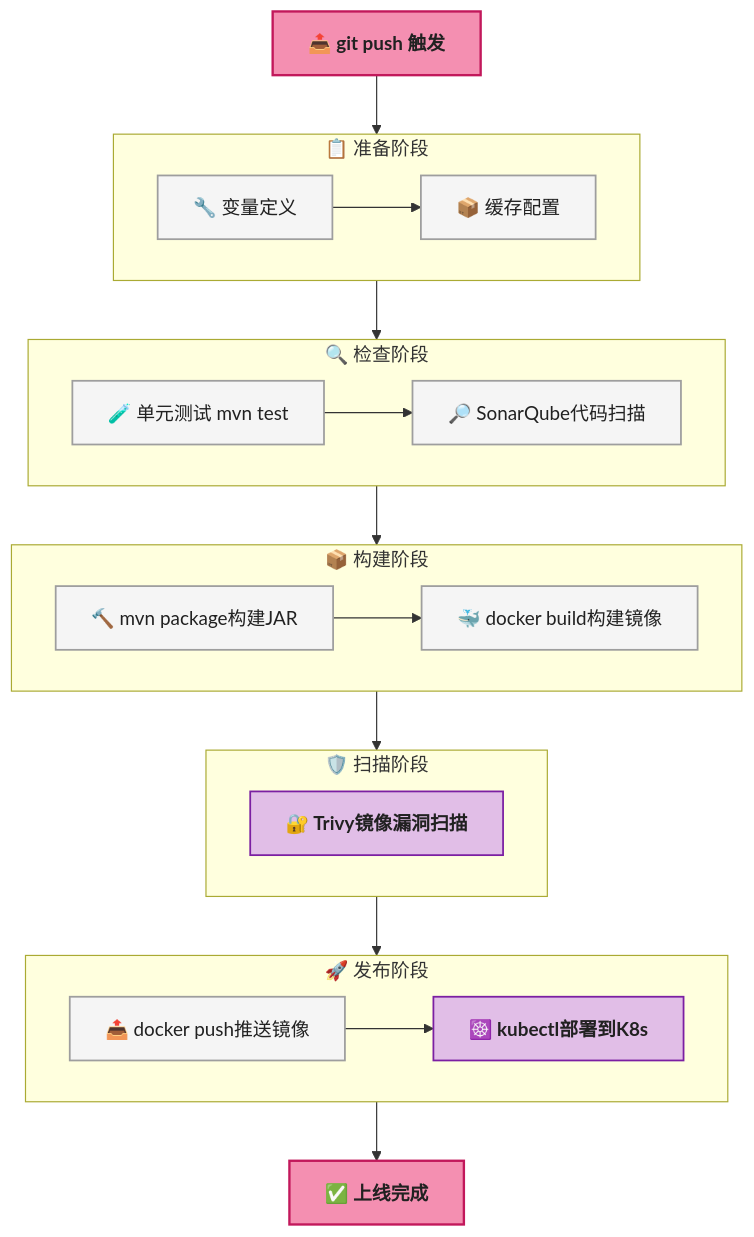
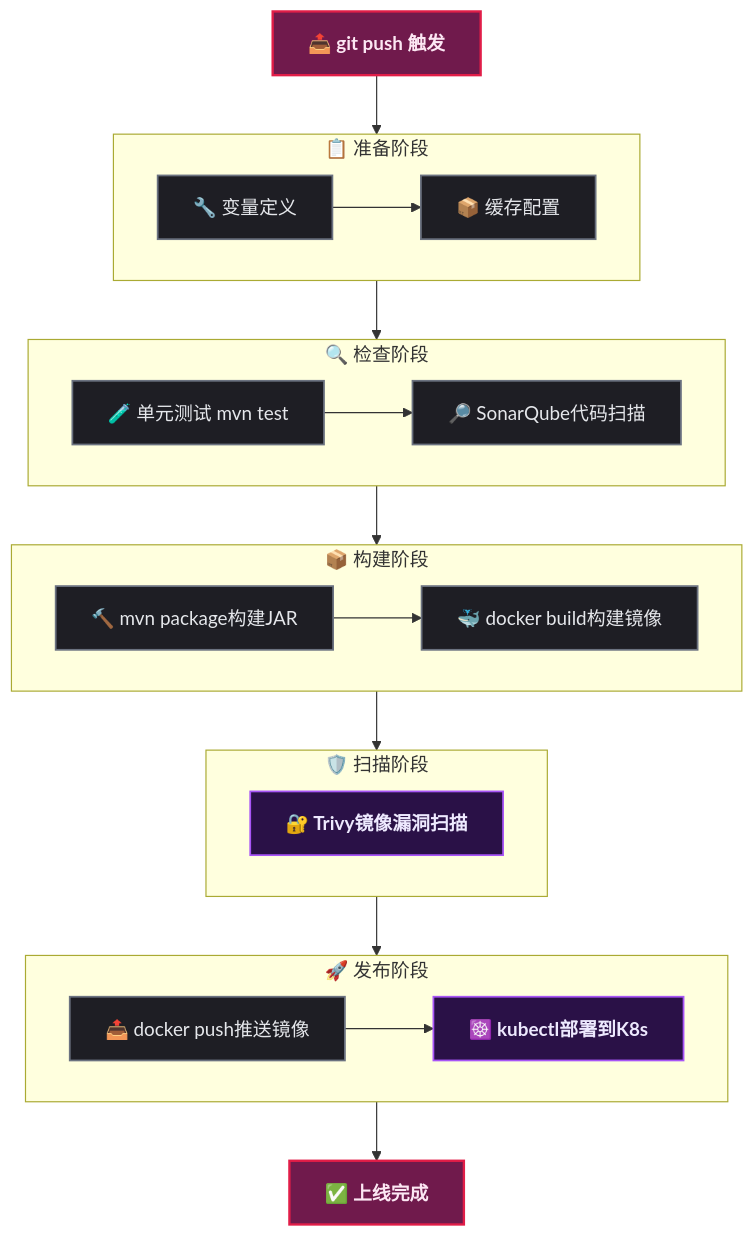
One commit to yaocat55/yaocat55.github.io changed the second of 3 diagrams in content/posts/springcloud/SpringBootCiCdPipeline.md. Above: the diagram before and after it, drawn with Mermaid. The commit also changed other lines of this file and 155 other files, not shown here.

````diff
--- a/content/posts/springcloud/SpringBootCiCdPipeline.md
+++ b/content/posts/springcloud/SpringBootCiCdPipeline.md
@@ -484,42 +484,42 @@
 ```mermaid
 flowchart TD
     S[📤 git push 触发] --> P1
 
     subgraph P1[📋 准备阶段]
         V[🔧 变量定义] --> C[📦 缓存配置]
     end
 
     P1 --> P2
 
     subgraph P2[🔍 检查阶段]
         T[🧪 单元测试 mvn test] --> SQ[🔎 SonarQube代码扫描]
     end
 
     P2 --> P3
 
     subgraph P3[📦 构建阶段]
         BJ[🔨 mvn package构建JAR] --> BD[🐳 docker build构建镜像]
     end
 
     P3 --> P4
 
     subgraph P4[🛡️ 扫描阶段]
         TR[🔐 Trivy镜像漏洞扫描]
     end
 
     P4 --> P5
 
     subgraph P5[🚀 发布阶段]
         PS[📤 docker push推送镜像] --> DEP[☸️ kubectl部署到K8s]
     end
 
     P5 --> E[✅ 上线完成]
 
-    classDef startEnd fill:#F48FB1,stroke:#C2185B,stroke-width:2px,color:#212121,font-weight:bold
-    classDef process fill:#F5F5F5,stroke:#9E9E9E,stroke-width:1.5px,color:#212121
-    classDef critical fill:#E1BEE7,stroke:#7B1FA2,stroke-width:1.5px,color:#212121,font-weight:bold
+classDef startEnd fill:#701a4c,stroke:#e11d48,stroke-width:2px,color:#fce7f3,font-weight:bold;
+classDef process fill:#1e1e24,stroke:#6b7280,stroke-width:1.5px,color:#e5e7eb;
+classDef critical fill:#2a1147,stroke:#a855f7,stroke-width:1.5px,color:#ede9fe,font-weight:bold;
 
     class S,E startEnd
     class V,C,T,SQ,BJ,BD,TR,PS,DEP process
     class TR,DEP critical
 ```
````
